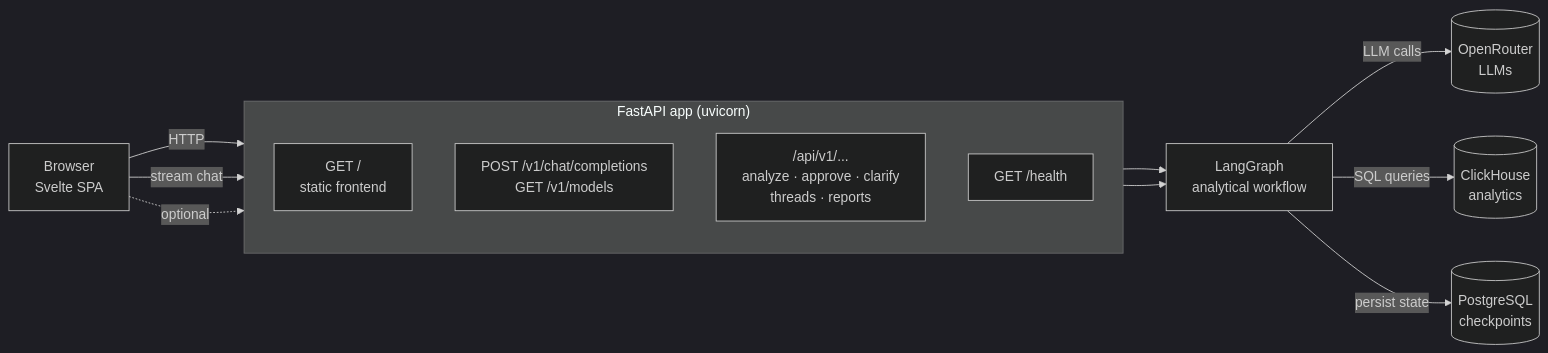
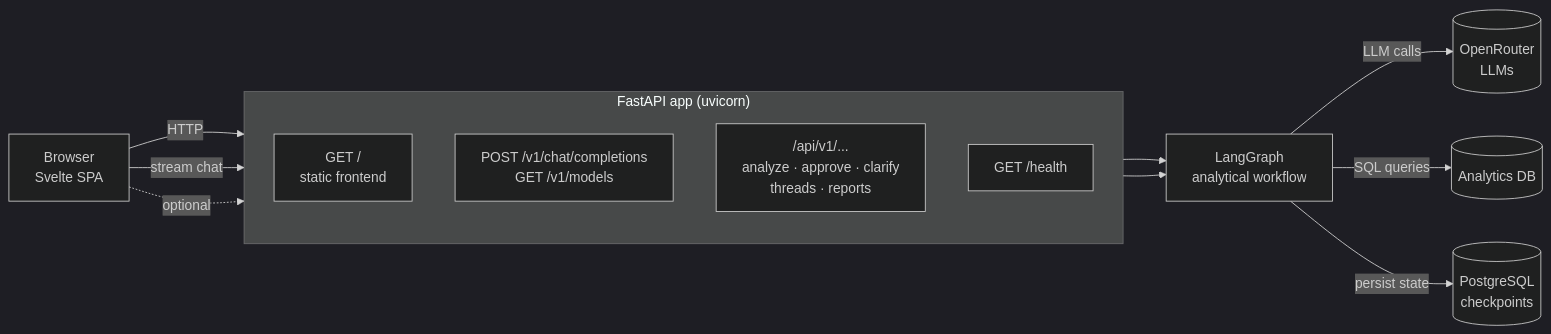
One commit to raha-io/R2-DB2 changed the first of 2 diagrams in README.md. Above: the diagram before and after it, drawn with Mermaid (dark theme). The commit also changed other lines of this file, not shown here.

````diff
--- a/README.md
+++ b/README.md
@@ -9,29 +9,29 @@
 ```mermaid
 flowchart LR
     Browser["Browser<br/>Svelte SPA"]
 
     subgraph App["FastAPI app (uvicorn)"]
         direction TB
         Static["GET /<br/>static frontend"]
         OpenAI["POST /v1/chat/completions<br/>GET /v1/models"]
         GraphAPI["/api/v1/...<br/>analyze · approve · clarify<br/>threads · reports"]
         Health["GET /health"]
     end
 
     LG["LangGraph<br/>analytical workflow"]
 
     OR[(OpenRouter<br/>LLMs)]
-    CH[(ClickHouse<br/>analytics)]
+    DB[(Analytics DB)]
     PG[(PostgreSQL<br/>checkpoints)]
 
     Browser -->|HTTP| Static
     Browser -->|stream chat| OpenAI
     Browser -.->|optional| GraphAPI
 
     OpenAI --> LG
     GraphAPI --> LG
 
     LG -->|LLM calls| OR
-    LG -->|SQL queries| CH
+    LG -->|SQL queries| DB
     LG -->|persist state| PG
 ```
````
